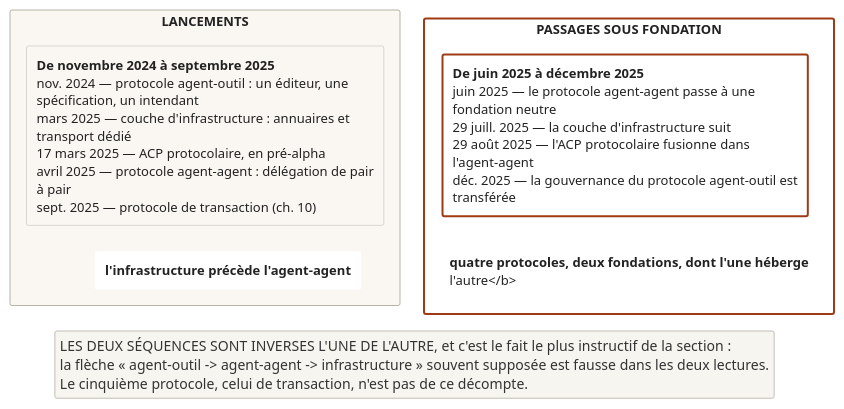
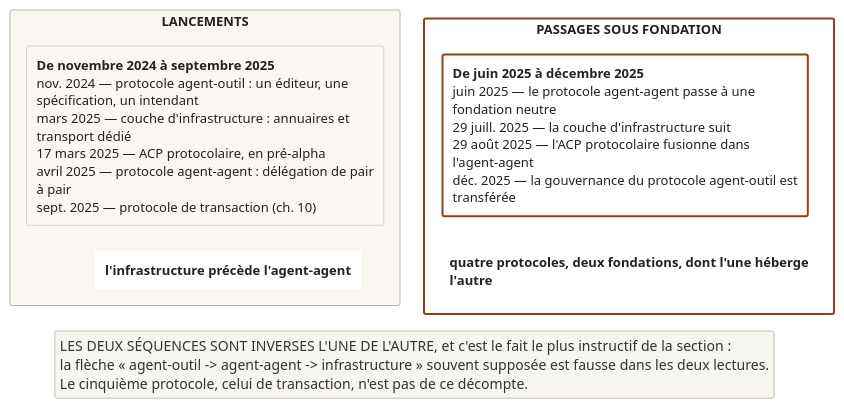
One commit to agbruneau/Agentique changed the diagram in 1 - Compendium 2026/Diagrammes/Figure-07.3 - Dix-sept mois - les lancements, puis les passages sous fondation.puml. Above: the diagram before and after it, drawn with PlantUML. The commit also changed 254 other files, not shown here.

First line of the commit message:
Audit approfondi et correction des Markdown et des 287 diagrammes des 6 ouvrages

```diff
--- a/1 - Compendium 2026/Diagrammes/Figure-07.3 - Dix-sept mois - les lancements, puis les passages sous fondation.puml
+++ b/1 - Compendium 2026/Diagrammes/Figure-07.3 - Dix-sept mois - les lancements, puis les passages sous fondation.puml
@@ -4,89 +4,89 @@
 @startuml
 top to bottom direction
 hide stereotype
 skinparam packageStyle rectangle
 skinparam backgroundColor #FFFFFF
 skinparam defaultFontName "Segoe UI"
 skinparam defaultFontSize 13
 skinparam shadowing false
 skinparam roundCorner 4
 skinparam nodesep 30
 skinparam ranksep 18
 
 skinparam package {
   BackgroundColor #FFFFFF
   BorderColor #FFFFFF
   FontColor #555555
   FontStyle bold
 }
 
 skinparam package<<accent>> {
   BackgroundColor #FFFFFF
   BorderColor #FFFFFF
   FontColor #9E3A14
   FontStyle bold
 }
 
 skinparam rectangle {
   BackgroundColor #FAF7F2
   BorderColor #B8B3AA
   FontColor #222222
 }
 
 skinparam rectangle<<accent>> {
   BackgroundColor #FFFFFF
   BorderColor #9E3A14
   BorderThickness 2
   FontColor #222222
 }
 
 skinparam rectangle<<sub>> {
   BackgroundColor #FFFFFF
   BorderColor #FFFFFF
   FontColor #222222
 }
 
 skinparam legendBackgroundColor #F7F5F0
 skinparam legendBorderColor #C4BEB5
 skinparam legendFontColor #333333
 
 package "LANCEMENTS" as P_LEFT {
   rectangle L_BOX [
     <b>De novembre 2024 à septembre 2025</b>
     nov. 2024 — protocole agent-outil : un éditeur, une
     spécification, un intendant
     mars 2025 — couche d'infrastructure : annuaires et
     transport dédié
     17 mars 2025 — ACP protocolaire, en pré-alpha
     avril 2025 — protocole agent-agent : délégation de pair
     à pair
     sept. 2025 — protocole de transaction (ch. 10)
   ]
   rectangle "<b>l'infrastructure précède l'agent-agent</b>" as L_SUB <<sub>>
   L_BOX -[hidden]down- L_SUB
 }
 
 package "PASSAGES SOUS FONDATION" as P_RIGHT <<accent>> {
   rectangle R_BOX <<accent>> [
     <b>De juin 2025 à décembre 2025</b>
     juin 2025 — le protocole agent-agent passe à une
     fondation neutre
     29 juill. 2025 — la couche d'infrastructure suit
     29 août 2025 — l'ACP protocolaire fusionne dans
     l'agent-agent
     déc. 2025 — la gouvernance du protocole agent-outil est
     transférée
   ]
-  rectangle "<b>quatre protocoles, deux fondations, dont l'une héberge\nl'autre</b>" as R_SUB <<sub>>
+  rectangle "<b>quatre protocoles, deux fondations, dont l'une héberge</b>\n<b>l'autre</b>" as R_SUB <<sub>>
   R_BOX -[hidden]down- R_SUB
 }
 
 L_BOX -[hidden]right- R_BOX
 L_SUB -[hidden]right- R_SUB
 
 legend
   LES DEUX SÉQUENCES SONT INVERSES L'UNE DE L'AUTRE, et c'est le fait le plus instructif de la section :
   la flèche « agent-outil -> agent-agent -> infrastructure » souvent supposée est fausse dans les deux lectures.
   Le cinquième protocole, celui de transaction, n'est pas de ce décompte.
 endlegend
 @enduml
```
